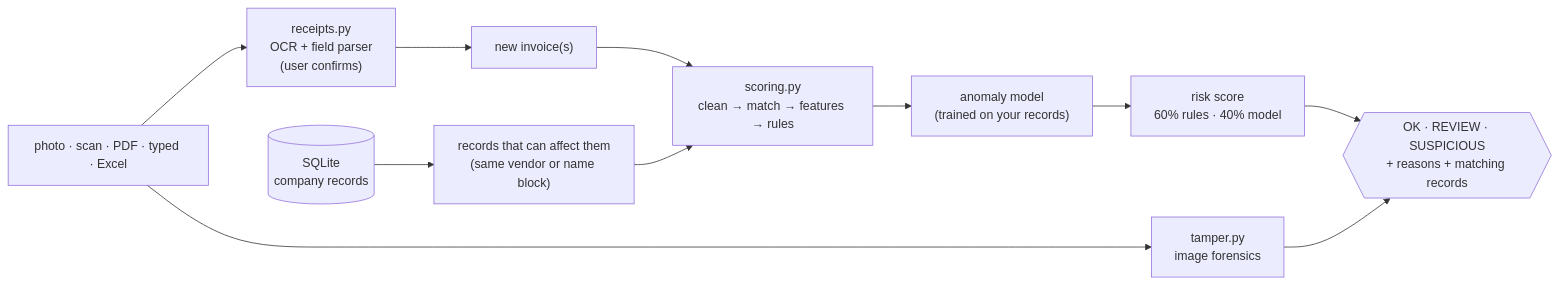
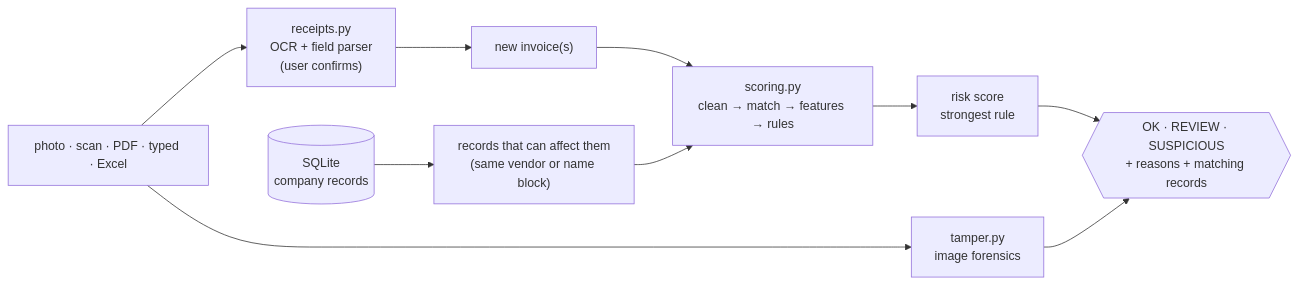
Before and after one commit to TusharParlikar/Invoice-Overpayment-Duplicate-Payment-Detection-Engine: the diagram in docs/HOW_IT_WORKS.md, drawn with Mermaid. The commit also changed other lines of this file and 24 other files, not shown here.

````diff
--- a/docs/HOW_IT_WORKS.md
+++ b/docs/HOW_IT_WORKS.md
@@ -7,13 +7,12 @@
 ```mermaid
 flowchart LR
     IN["photo · scan · PDF · typed · Excel"] --> R["receipts.py<br/>OCR + field parser<br/>(user confirms)"]
     R --> NEW["new invoice(s)"]
     DB[("SQLite<br/>company records")] --> H["records that can affect them<br/>(same vendor or name block)"]
     NEW --> S
     H --> S["scoring.py<br/>clean → match → features → rules"]
-    S --> M["anomaly model<br/>(trained on your records)"]
-    M --> B["risk score<br/>60% rules · 40% model"]
+    S --> B["risk score<br/>strongest rule"]
     IN --> T["tamper.py<br/>image forensics"]
     B --> V{{"OK · REVIEW · SUSPICIOUS<br/>+ reasons + matching records"}}
     T --> V
 ```
````
